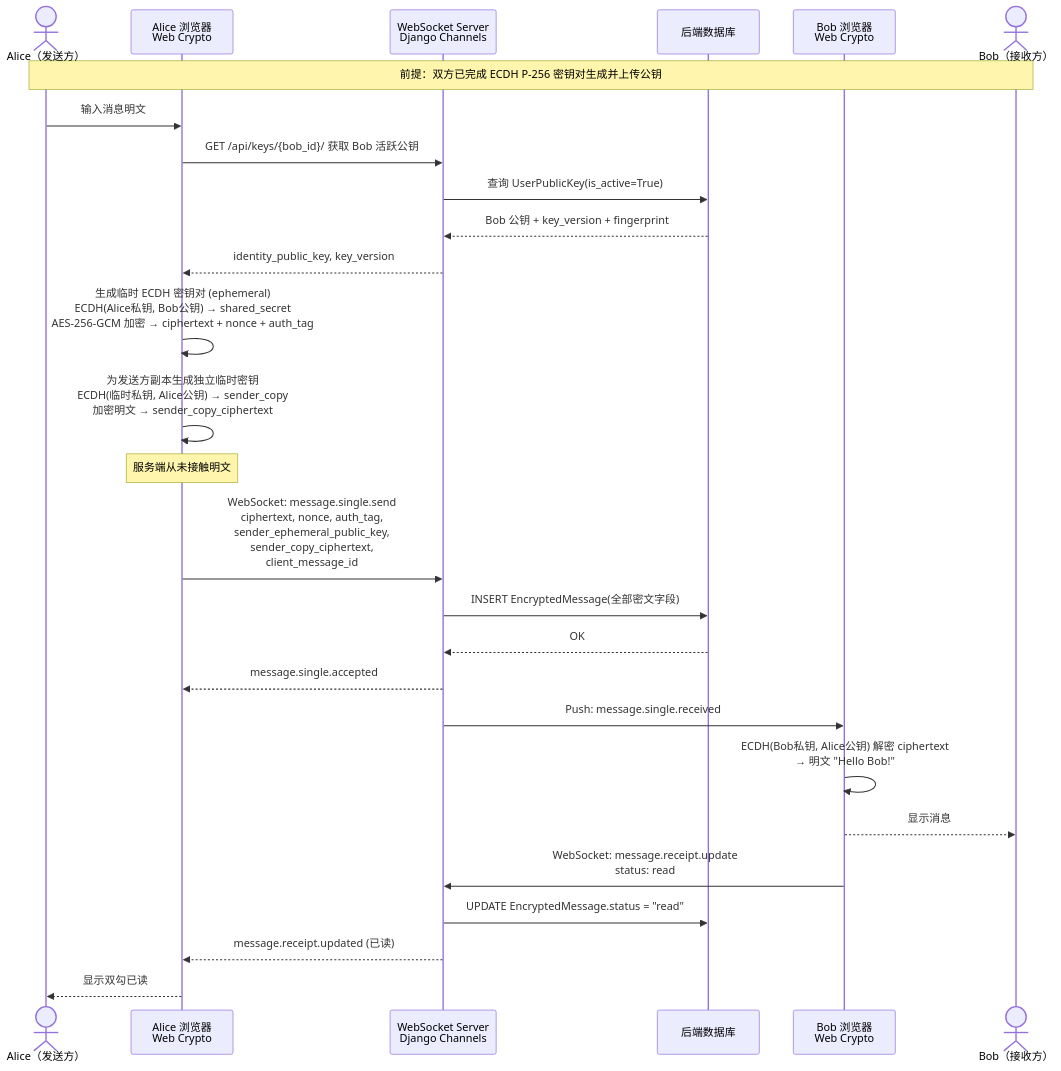
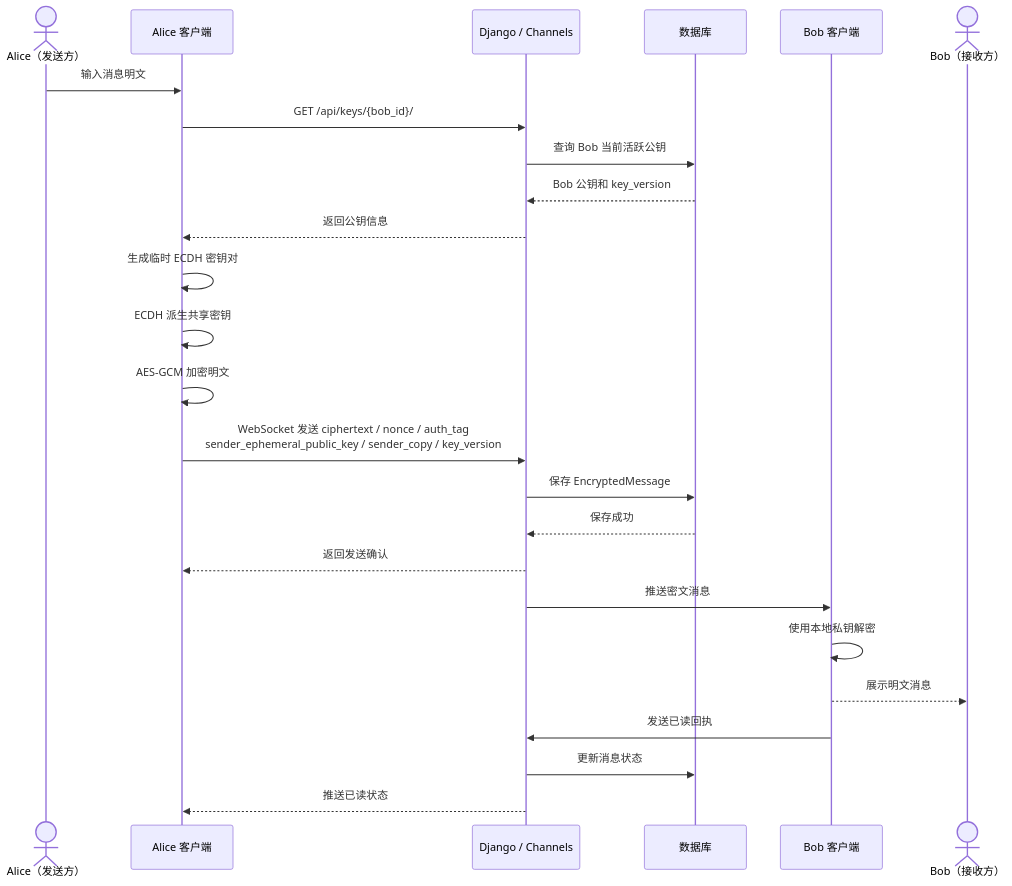
One commit to HeanX/iChat_Pro changed the fourth of 10 diagrams in docs/iChat Pro UML 与架构图交付文档.md. Above: the diagram before and after it, drawn with Mermaid. The commit also changed other lines of this file and 22 other files, not shown here.

````diff
--- a/docs/iChat Pro UML 与架构图交付文档.md
+++ b/docs/iChat Pro UML 与架构图交付文档.md
@@ -305,35 +267,31 @@
 ```mermaid
 sequenceDiagram
     actor A as Alice（发送方）
-    participant AC as Alice 浏览器<br/>Web Crypto
-    participant WS as WebSocket Server<br/>Django Channels
-    participant DB as 后端数据库
-    participant BC as Bob 浏览器<br/>Web Crypto
+    participant AC as Alice 客户端
+    participant BE as Django / Channels
+    participant DB as 数据库
+    participant BC as Bob 客户端
     actor B as Bob（接收方）
 
-    Note over A,B: 前提：双方已完成 ECDH P-256 密钥对生成并上传公钥
+    A->>AC: 输入消息明文
+    AC->>BE: GET /api/keys/{bob_id}/
+    BE->>DB: 查询 Bob 当前活跃公钥
+    DB-->>BE: Bob 公钥和 key_version
+    BE-->>AC: 返回公钥信息
 
-    A->>AC: 输入消息明文
-    AC->>WS: GET /api/keys/{bob_id}/ 获取 Bob 活跃公钥
-    WS->>DB: 查询 UserPublicKey(is_active=True)
-    DB-->>WS: Bob 公钥 + key_version + fingerprint
-    WS-->>AC: identity_public_key, key_version
+    AC->>AC: 生成临时 ECDH 密钥对
+    AC->>AC: ECDH 派生共享密钥
+    AC->>AC: AES-GCM 加密明文
 
-    AC->>AC: 生成临时 ECDH 密钥对 (ephemeral)<br/>ECDH(Alice私钥, Bob公钥) → shared_secret<br/>AES-256-GCM 加密 → ciphertext + nonce + auth_tag
-    AC->>AC: 为发送方副本生成独立临时密钥<br/>ECDH(临时私钥, Alice公钥) → sender_copy<br/>加密明文 → sender_copy_ciphertext
-    Note over AC: 服务端从未接触明文
+    AC->>BE: WebSocket 发送 ciphertext / nonce / auth_tag<br/>sender_ephemeral_public_key / sender_copy / key_version
+    BE->>DB: 保存 EncryptedMessage
+    DB-->>BE: 保存成功
+    BE-->>AC: 返回发送确认
+    BE->>BC: 推送密文消息
 
-    AC->>WS: WebSocket: message.single.send<br/>ciphertext, nonce, auth_tag,<br/>sender_ephemeral_public_key,<br/>sender_copy_ciphertext,<br/>client_message_id
-    WS->>DB: INSERT EncryptedMessage(全部密文字段)
-    DB-->>WS: OK
-    WS-->>AC: message.single.accepted
-
-    WS->>BC: Push: message.single.received
-    BC->>BC: ECDH(Bob私钥, Alice公钥) 解密 ciphertext<br/>→ 明文 "Hello Bob!"
-    BC-->>B: 显示消息
-
-    BC->>WS: WebSocket: message.receipt.update<br/>status: read
-    WS->>DB: UPDATE EncryptedMessage.status = "read"
-    WS-->>AC: message.receipt.updated (已读)
-    AC-->>A: 显示双勾已读
+    BC->>BC: 使用本地私钥解密
+    BC-->>B: 展示明文消息
+    BC->>BE: 发送已读回执
+    BE->>DB: 更新消息状态
+    BE-->>AC: 推送已读状态
 ```
````
